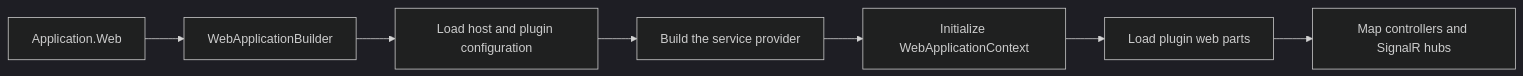
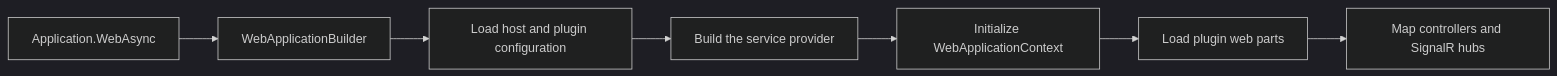
Before and after one commit to Zongsoft/framework: the diagram in Zongsoft.Plugins.Web/README.md, drawn with Mermaid (dark theme). The commit also changed other lines of this file and 283 other files, not shown here.

````diff
--- a/Zongsoft.Plugins.Web/README.md
+++ b/Zongsoft.Plugins.Web/README.md
@@ -21,9 +21,9 @@
 ```mermaid
 flowchart LR
-	A[Application.Web] --> B[WebApplicationBuilder]
+	A[Application.WebAsync] --> B[WebApplicationBuilder]
 	B --> C[Load host and plugin configuration]
 	C --> D[Build the service provider]
 	D --> E[Initialize WebApplicationContext]
 	E --> F[Load plugin web parts]
 	F --> G[Map controllers and SignalR hubs]
 ```
````
